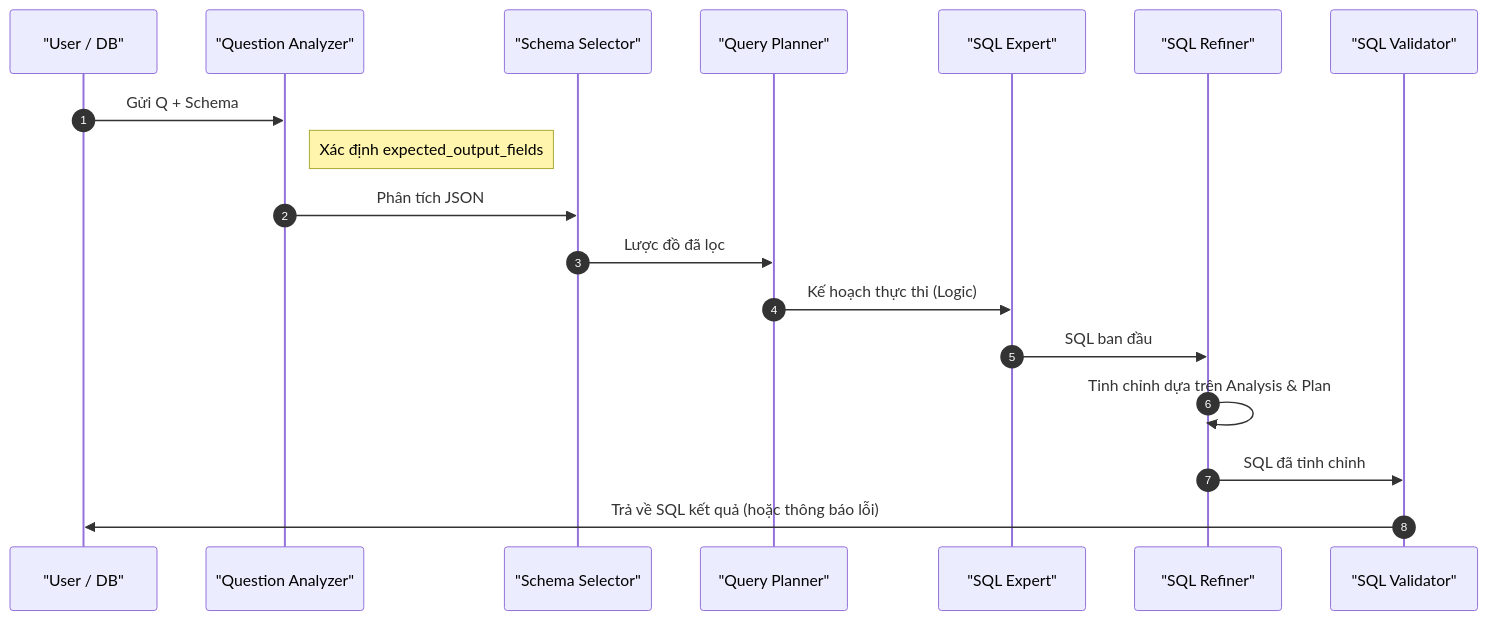
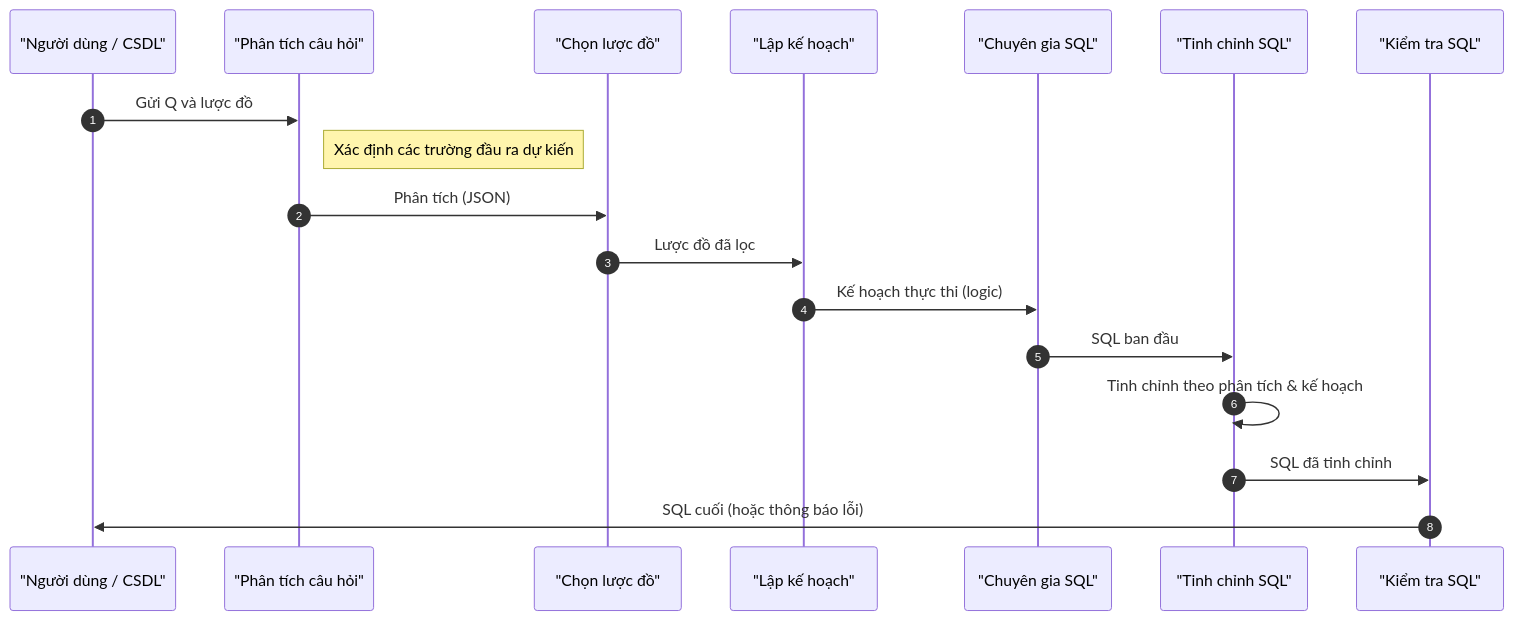
One commit to thanhmiyata/luan-van-tot-nghiep changed the second of 3 diagrams in report/complete_paper_combined_vi.md. Above: the diagram before and after it, drawn with Mermaid. The commit also changed other lines of this file and 116 other files, not shown here.

````diff
--- a/report/complete_paper_combined_vi.md
+++ b/report/complete_paper_combined_vi.md
@@ -240,21 +240,21 @@
 ```mermaid
 sequenceDiagram
     autonumber
-    participant U as "User / DB"
-    participant QA as "Question Analyzer"
-    participant SS as "Schema Selector"
-    participant QP as "Query Planner"
-    participant SE as "SQL Expert"
-    participant SR as "SQL Refiner"
-    participant SV as "SQL Validator"
+    participant U as "Người dùng / CSDL"
+    participant QA as "Phân tích câu hỏi"
+    participant SS as "Chọn lược đồ"
+    participant QP as "Lập kế hoạch"
+    participant SE as "Chuyên gia SQL"
+    participant SR as "Tinh chỉnh SQL"
+    participant SV as "Kiểm tra SQL"
 
-    U->>QA: Gửi Q + Schema
-    Note right of QA: Xác định expected_output_fields
-    QA->>SS: Phân tích JSON
+    U->>QA: Gửi Q và lược đồ
+    Note right of QA: Xác định các trường đầu ra dự kiến
+    QA->>SS: Phân tích (JSON)
     SS->>QP: Lược đồ đã lọc
-    QP->>SE: Kế hoạch thực thi (Logic)
+    QP->>SE: Kế hoạch thực thi (logic)
     SE->>SR: SQL ban đầu
-    SR->>SR: Tinh chỉnh dựa trên Analysis & Plan
+    SR->>SR: Tinh chỉnh theo phân tích & kế hoạch
     SR->>SV: SQL đã tinh chỉnh
-    SV->>U: Trả về SQL kết quả (hoặc thông báo lỗi)
+    SV->>U: SQL cuối (hoặc thông báo lỗi)
 ```
````
